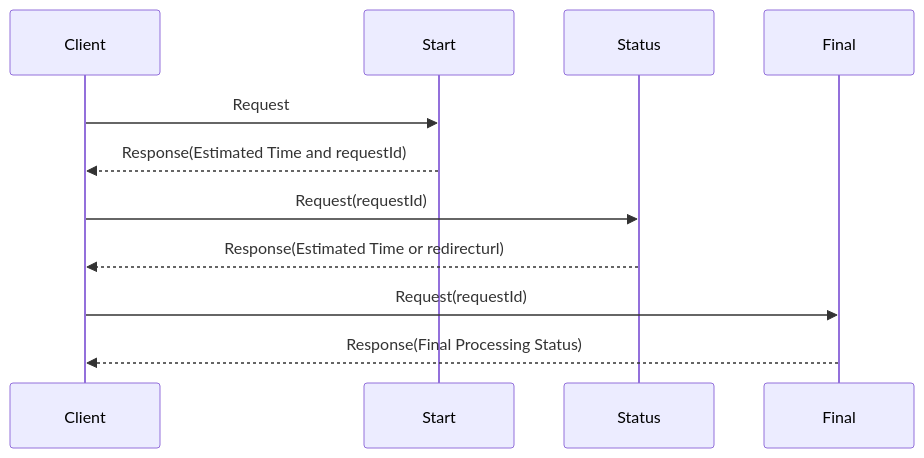
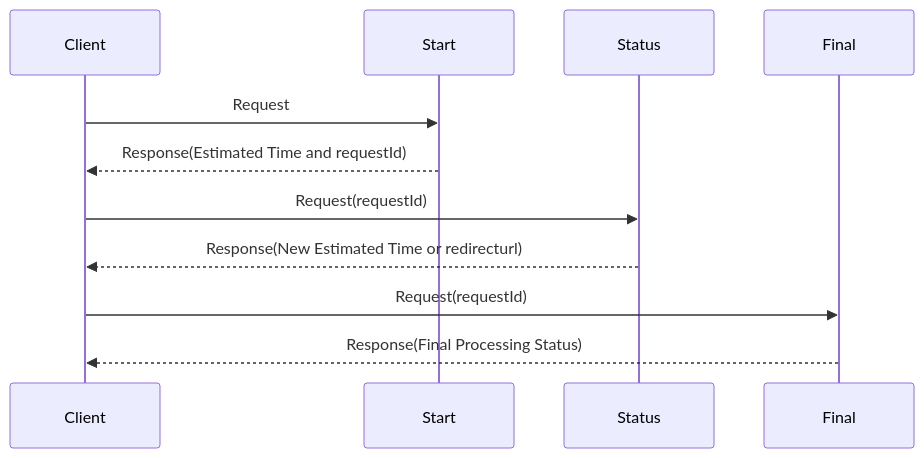
Before and after one commit to indranilmaiti/AsynchronousAPIWithnetCore: the diagram in readme.md, drawn with Mermaid.

````diff
--- a/readme.md
+++ b/readme.md
@@ -9,10 +9,10 @@
 ```mermaid
 sequenceDiagram
 Client ->> Start: Request
 Start -->> Client: Response(Estimated Time and requestId)
 Client ->> Status: Request(requestId)
-Status -->> Client: Response(Estimated Time or redirecturl)
+Status -->> Client: Response(New Estimated Time or redirecturl)
 Client ->> Final: Request(requestId)
 Final -->> Client: Response(Final Processing Status)
 
 ```
````
